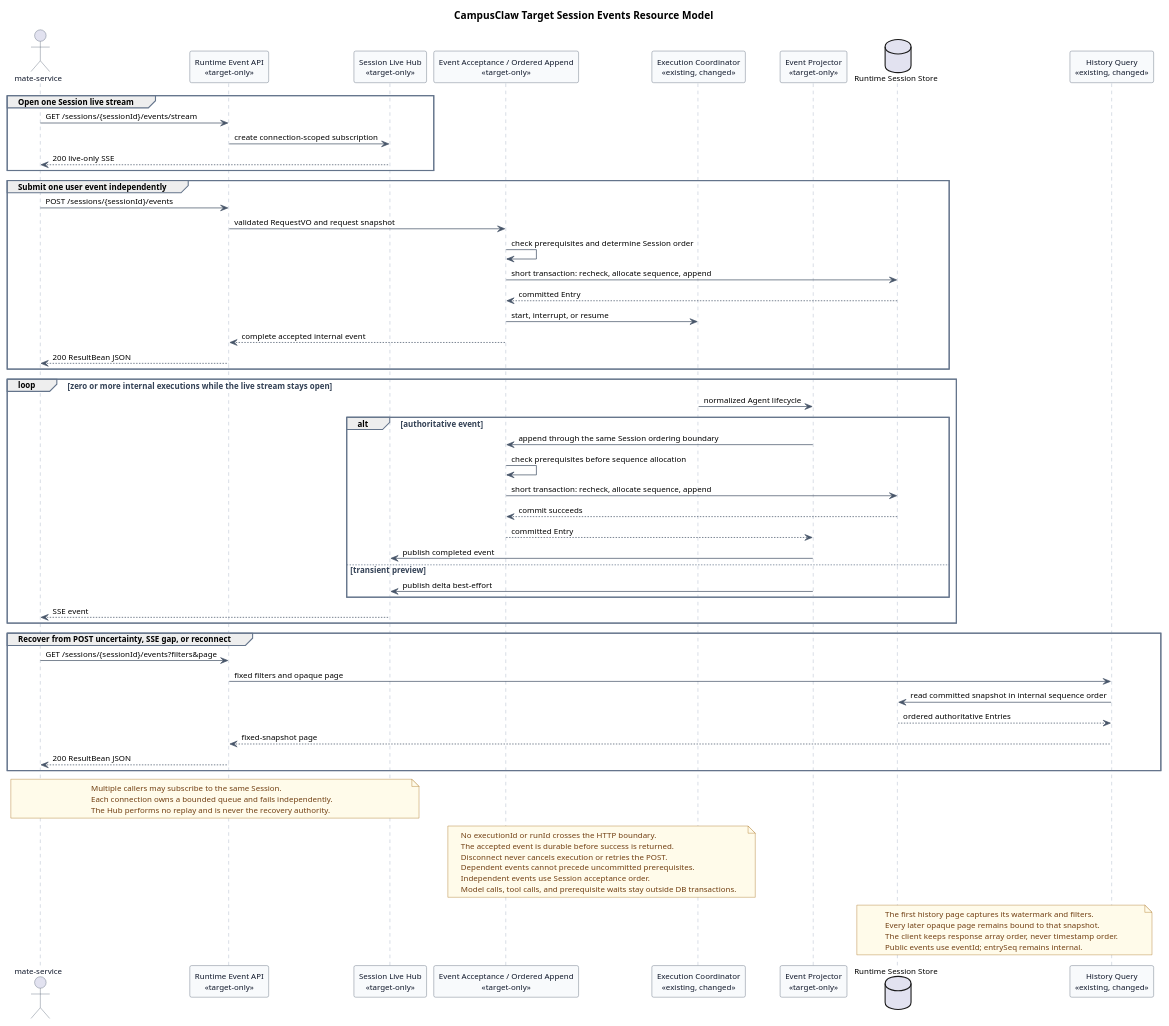
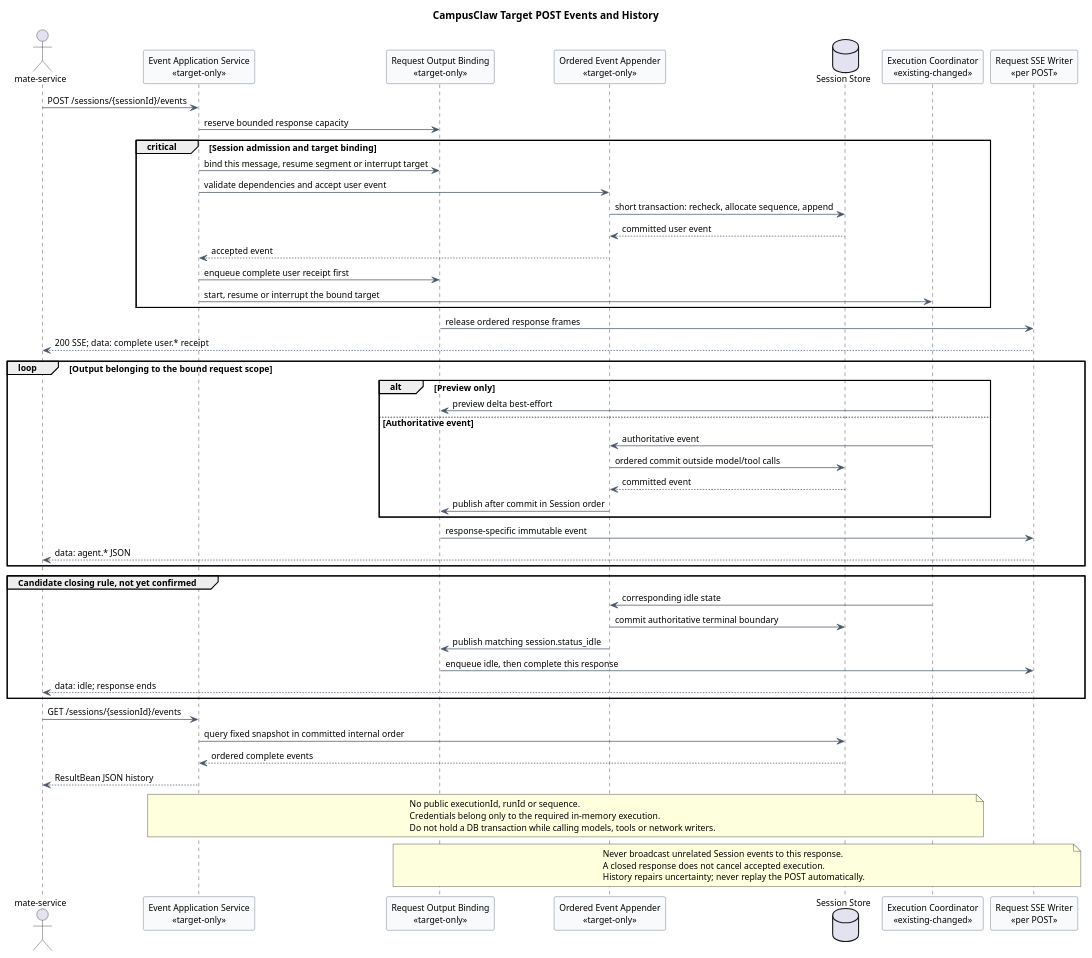
One commit to ssm0808/pi-mono-java-design changed the first of 3 diagrams in 01-总体架构/01-CampusClaw多Agent运行时/设计图/事件接口重设计/diagram.puml. Above: the diagram before and after it, drawn with PlantUML. The commit also changed other lines of this file and 13 other files, not shown here.

Commit message:
docs(runtime): 合并事件提交与请求级 SSE 推送

```diff
--- a/01-总体架构/01-CampusClaw多Agent运行时/设计图/事件接口重设计/diagram.puml
+++ b/01-总体架构/01-CampusClaw多Agent运行时/设计图/事件接口重设计/diagram.puml
@@ -1,126 +1,79 @@
 @startuml target_session_events_resource_model
-title CampusClaw Target Session Events Resource Model
-
-' Source evidence (pi-mono-java c9d858bc8261bf07f5585f545b53495bf2226a56):
-' modules/coding-agent-cli/src/main/java/com/campusclaw/codingagent/runtimeapi/web/RuntimeEventController.java,
-' RuntimeEventController.submit and RuntimeEventController.list, lines 39-91.
-' modules/coding-agent-cli/src/main/java/com/campusclaw/codingagent/runtimeapi/event/RuntimeEventStream.java,
-' RuntimeEventStream.attach and RuntimeEventStream.detachInternal, lines 89-159.
-' modules/coding-agent-cli/src/main/java/com/campusclaw/codingagent/runtimeapi/event/RuntimeEventQueryService.java,
-' RuntimeEventQueryService.list and RuntimeEventQueryService.pageOf, lines 53-99.
-' Source evidence (pi-mono 5cd93f688aaab89dbb6dfa4aca535f21796ae185):
-' packages/agent/src/agent-loop.ts, streamAssistantResponse.
-' packages/coding-agent/src/core/agent-session.ts, _handleAgentEvent.
-' Observed behavior: the current Java POST owns one execution-scoped SSE stream,
-' one RuntimeEventStream permits only one attached subscriber, and GET pagination
-' does not bind later pages to a fixed snapshot watermark.
-' Target-only design: POST acceptance, live observation, and durable history are
-' three separate Session-scoped operations. Execution remains an internal concept.
-' Architecture change: a long-lived Session stream can observe multiple executions
-' and multiple subscribers; disconnect never cancels or retries a write.
-' Design reason: keep write acceptance, best-effort preview, and recovery authority
-' separate while preserving pi Agent and Tool lifecycle semantics inside Runtime.
-' Supplemental evidence (pi-mono-java a8192e047f4061bd385297d3dc6c4358362d0d49):
-' campusclaw/src/main/java/com/huawei/hicampus/claw/codingagent/runtimeapi/persistence/MyBatisRuntimeSessionRepository.java,
-' acceptUserEvent, appendEntry, and appendLocked, lines 55-87 and 208-218.
-' campusclaw/src/main/resources/mapper/session/RuntimeSessionMapper.xml,
-' lockSessionForUpdate and listCurrentBranch, lines 47-54 and 132-164.
-' Observed behavior: transactional sequence allocation and sequence-ordered reads;
-' these files are unchanged from c9d858bc8261bf07f5585f545b53495bf2226a56.
-' Target-only architecture change: check causal prerequisites at a shared Session
-' acceptance boundary before assigning sequence; a DB lock alone cannot infer them.
-
+title CampusClaw Target POST Events and History
+' Source evidence: pi-mono-java 918005ee8ccc88d179fc31a0de17a92b4a01383b.
+' campusclaw/src/main/java/com/huawei/hicampus/claw/codingagent/runtimeapi/web/RuntimeEventController.java,
+' submit/list, lines 61-91: POST SSE and GET history; no standalone read stream.
+' campusclaw/src/main/java/com/huawei/hicampus/claw/codingagent/runtimeapi/event/RuntimeEventService.java,
+' prepareAndSubmitLocked/acceptUserEntry, lines 101-141: persist message then start.
+' These files are unchanged from a8192e047f4061bd385297d3dc6c4358362d0d49.
+' Observed behavior: current Java already uses request-scoped POST SSE.
+' Confirmed target architecture: combine submission and output in one POST;
+' the first business frame is the complete accepted user event, exactly once.
+' Design reason: remove the gap between a write and an independent live subscription.
+' Target-only: union input, response projection, causal ordering and fixed snapshot.
 skinparam backgroundColor #FFFFFF
 skinparam shadowing false
 skinparam defaultFontName Arial
-skinparam defaultFontSize 11
+skinparam defaultFontSize 12
 skinparam sequence {
+  ParticipantBackgroundColor #F8FAFC
+  ParticipantBorderColor #475569
   ArrowColor #475569
-  ActorBorderColor #475569
-  ActorFontColor #0F172A
-  LifeLineBorderColor #94A3B8
-  LifeLineBackgroundColor #F8FAFC
-  ParticipantBorderColor #475569
-  ParticipantBackgroundColor #F8FAFC
-  ParticipantFontColor #0F172A
-  GroupBorderColor #64748B
-  GroupFontColor #334155
 }
-skinparam note {
-  BackgroundColor #FFFBEA
-  BorderColor #A16207
-  FontColor #713F12
-}
+actor "mate-service" as Mate
+participant "Event Application Service\n<<target-only>>" as API
+participant "Request Output Binding\n<<target-only>>" as Binding
+participant "Ordered Event Appender\n<<target-only>>" as Append
+database "Session Store" as Store
+participant "Execution Coordinator\n<<existing-changed>>" as Execution
+participant "Request SSE Writer\n<<per POST>>" as Writer
 
-actor "mate-service" as Mate
-participant "Runtime Event API\n<<target-only>>" as API
-participant "Session Live Hub\n<<target-only>>" as Hub
-participant "Event Acceptance / Ordered Append\n<<target-only>>" as Accept
-participant "Execution Coordinator\n<<existing, changed>>" as Execution
-participant "Event Projector\n<<target-only>>" as Projector
-database "Runtime Session Store" as Store
-participant "History Query\n<<existing, changed>>" as Query
+Mate -> API : POST /sessions/{sessionId}/events
+API -> Binding : reserve bounded response capacity
+critical Session admission and target binding
+  API -> Binding : bind this message, resume segment or interrupt target
+  API -> Append : validate dependencies and accept user event
+  Append -> Store : short transaction: recheck, allocate sequence, append
+  Store --> Append : committed user event
+  Append --> API : accepted event
+  API -> Binding : enqueue complete user receipt first
+  API -> Execution : start, resume or interrupt the bound target
+end
+Binding -> Writer : release ordered response frames
+Writer --> Mate : 200 SSE; data: complete user.* receipt
 
-group Open one Session live stream
-  Mate -> API : GET /sessions/{sessionId}/events/stream
-  API -> Hub : create connection-scoped subscription
-  Hub --> Mate : 200 live-only SSE
+loop Output belonging to the bound request scope
+  alt Preview only
+    Execution -> Binding : preview delta best-effort
+  else Authoritative event
+    Execution -> Append : authoritative event
+    Append -> Store : ordered commit outside model/tool calls
+    Store --> Append : committed event
+    Append -> Binding : publish after commit in Session order
+  end
+  Binding -> Writer : response-specific immutable event
+  Writer --> Mate : data: agent.* JSON
 end
+group Candidate closing rule, not yet confirmed
+  Execution -> Append : corresponding idle state
+  Append -> Store : commit authoritative terminal boundary
+  Append -> Binding : publish matching session.status_idle
+  Binding -> Writer : enqueue idle, then complete this response
+  Writer --> Mate : data: idle; response ends
+end
+Mate -> API : GET /sessions/{sessionId}/events
+API -> Store : query fixed snapshot in committed internal order
+Store --> API : ordered complete events
+API --> Mate : ResultBean JSON history
 
-group Submit one user event independently
-  Mate -> API : POST /sessions/{sessionId}/events
-  API -> Accept : validated RequestVO and request snapshot
-  Accept -> Accept : check prerequisites and determine Session order
-  Accept -> Store : short transaction: recheck, allocate sequence, append
-  Store --> Accept : committed Entry
-  Accept -> Execution : start, interrupt, or resume
-  Accept --> API : complete accepted internal event
-  API --> Mate : 200 ResultBean JSON
-end
-
-loop zero or more internal executions while the live stream stays open
-  Execution -> Projector : normalized Agent lifecycle
-  alt authoritative event
-    Projector -> Accept : append through the same Session ordering boundary
-    Accept -> Accept : check prerequisites before sequence allocation
-    Accept -> Store : short transaction: recheck, allocate sequence, append
-    Store --> Accept : commit succeeds
-    Accept --> Projector : committed Entry
-    Projector -> Hub : publish completed event
-  else transient preview
-    Projector -> Hub : publish delta best-effort
-  end
-  Hub --> Mate : SSE event
-end
-
-group Recover from POST uncertainty, SSE gap, or reconnect
-  Mate -> API : GET /sessions/{sessionId}/events?filters&page
-  API -> Query : fixed filters and opaque page
-  Query -> Store : read committed snapshot in internal sequence order
-  Store --> Query : ordered authoritative Entries
-  Query --> API : fixed-snapshot page
-  API --> Mate : 200 ResultBean JSON
-end
-
-note over Mate,Hub
-Multiple callers may subscribe to the same Session.
-Each connection owns a bounded queue and fails independently.
-The Hub performs no replay and is never the recovery authority.
+note over API,Execution
+No public executionId, runId or sequence.
+Credentials belong only to the required in-memory execution.
+Do not hold a DB transaction while calling models, tools or network writers.
 end note
-
-note over Accept,Execution
-No executionId or runId crosses the HTTP boundary.
-The accepted event is durable before success is returned.
-Disconnect never cancels execution or retries the POST.
-Dependent events cannot precede uncommitted prerequisites.
-Independent events use Session acceptance order.
-Model calls, tool calls, and prerequisite waits stay outside DB transactions.
-end note
-
-note over Store,Query
-The first history page captures its watermark and filters.
-Every later opaque page remains bound to that snapshot.
-The client keeps response array order, never timestamp order.
-Public events use eventId; entrySeq remains internal.
+note over Binding,Writer
+Never broadcast unrelated Session events to this response.
+A closed response does not cancel accepted execution.
+History repairs uncertainty; never replay the POST automatically.
 end note
 @enduml
```
